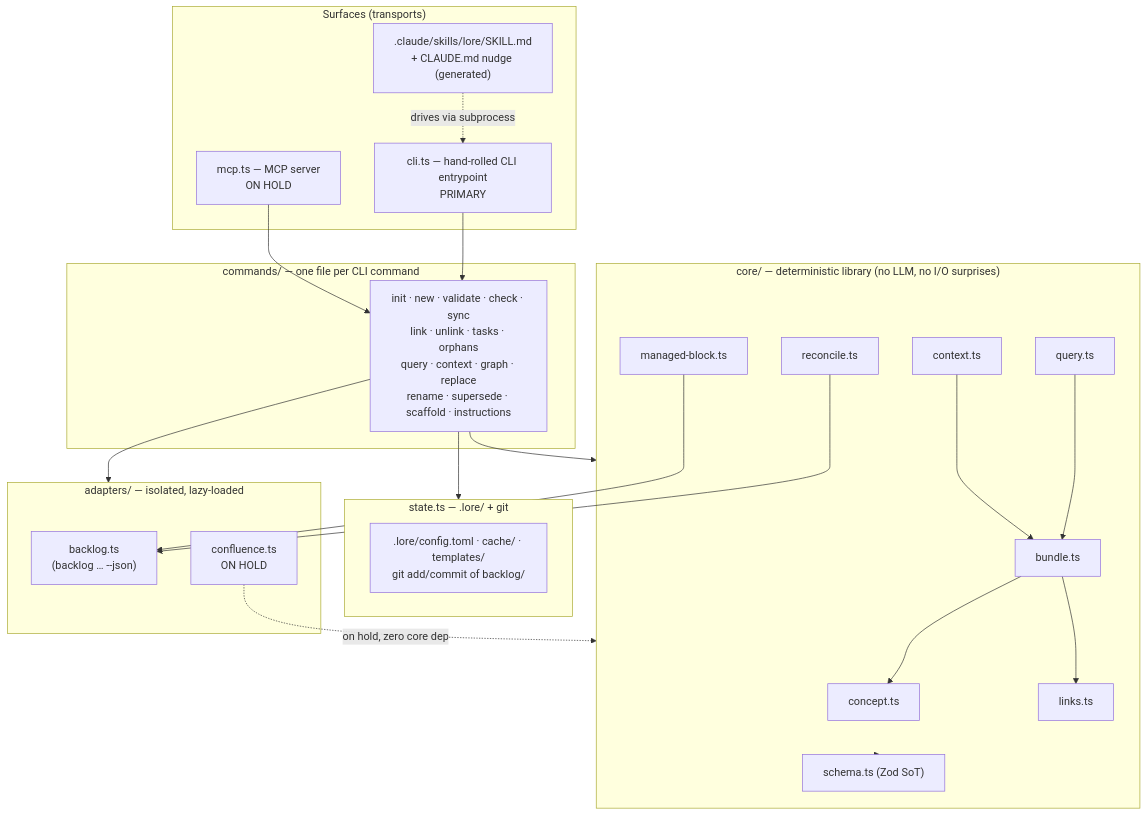
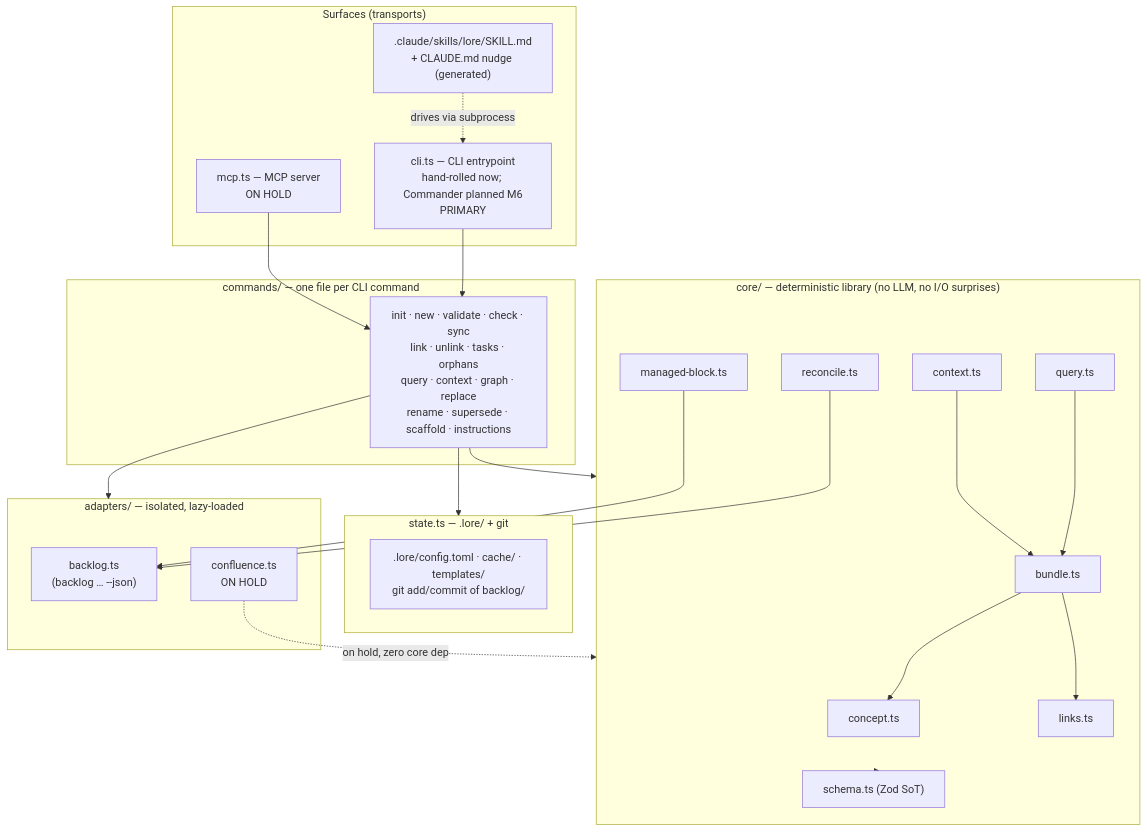
The diagram in docs/reference/architecture.md (opum-ai/lore-cli), drawn with Mermaid before and after one commit. The commit also changed other lines of this file and 7 other files, not shown here.

Commit message:
docs: sequence Commander before indexed retrieval

````diff
--- a/docs/reference/architecture.md
+++ b/docs/reference/architecture.md
@@ -31,47 +31,47 @@
 ```mermaid
 flowchart TD
     subgraph Surfaces["Surfaces (transports)"]
-        CLI["cli.ts — hand-rolled CLI entrypoint<br/>PRIMARY"]
+        CLI["cli.ts — CLI entrypoint<br/>hand-rolled now; Commander planned M6<br/>PRIMARY"]
         MCP["mcp.ts — MCP server<br/>ON HOLD"]
         SKILL[".claude/skills/lore/SKILL.md<br/>+ CLAUDE.md nudge (generated)"]
     end
 
     subgraph Commands["commands/ — one file per CLI command"]
         CMD["init · new · validate · check · sync<br/>link · unlink · tasks · orphans<br/>query · context · graph · replace<br/>rename · supersede · scaffold · instructions"]
     end
 
     subgraph Core["core/ — deterministic library (no LLM, no I/O surprises)"]
         CONCEPT["concept.ts"]
         BUNDLE["bundle.ts"]
         MANAGED["managed-block.ts"]
         RECONCILE["reconcile.ts"]
         LINKS["links.ts"]
         QUERY["query.ts"]
         CONTEXT["context.ts"]
         SCHEMA["schema.ts (Zod SoT)"]
     end
 
     subgraph State["state.ts — .lore/ + git"]
         STATEIO[".lore/config.toml · cache/ · templates/<br/>git add/commit of backlog/"]
     end
 
     subgraph Adapters["adapters/ — isolated, lazy-loaded"]
         BACKLOG["backlog.ts<br/>(backlog … --json)"]
         CONFLUENCE["confluence.ts<br/>ON HOLD"]
     end
 
     CLI --> CMD
     MCP --> CMD
     SKILL -. "drives via subprocess" .-> CLI
     CMD --> Core
     CMD --> State
     Core --> SCHEMA
     BUNDLE --> CONCEPT
     BUNDLE --> LINKS
     QUERY --> BUNDLE
     CONTEXT --> BUNDLE
     RECONCILE --> BACKLOG
     MANAGED --> BACKLOG
     CMD --> Adapters
     CONFLUENCE -. "on hold, zero core dep" .-> Core
 ```
````
